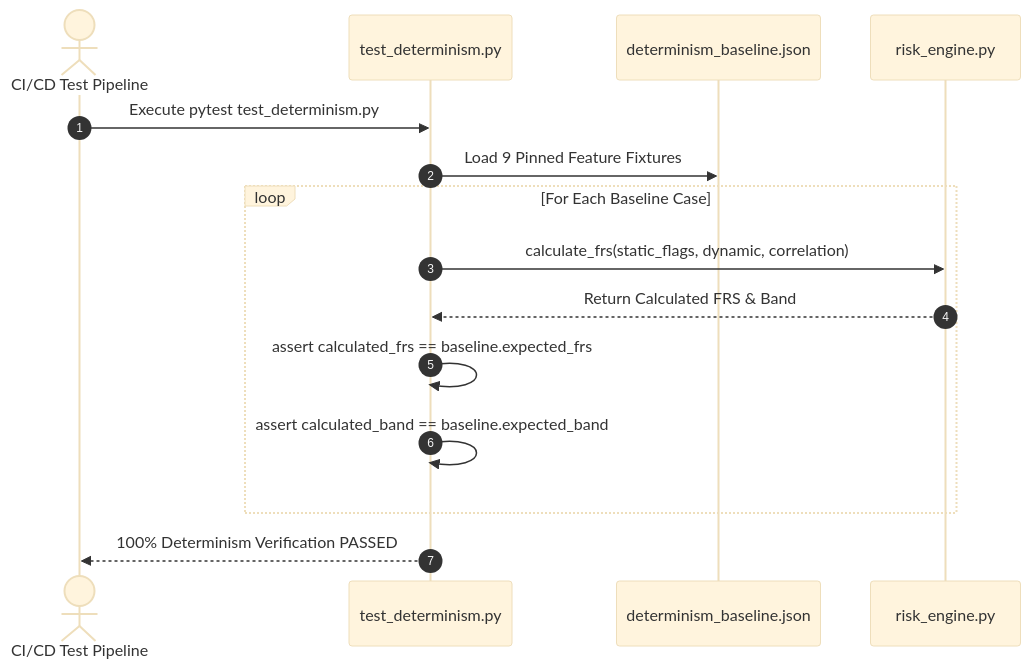
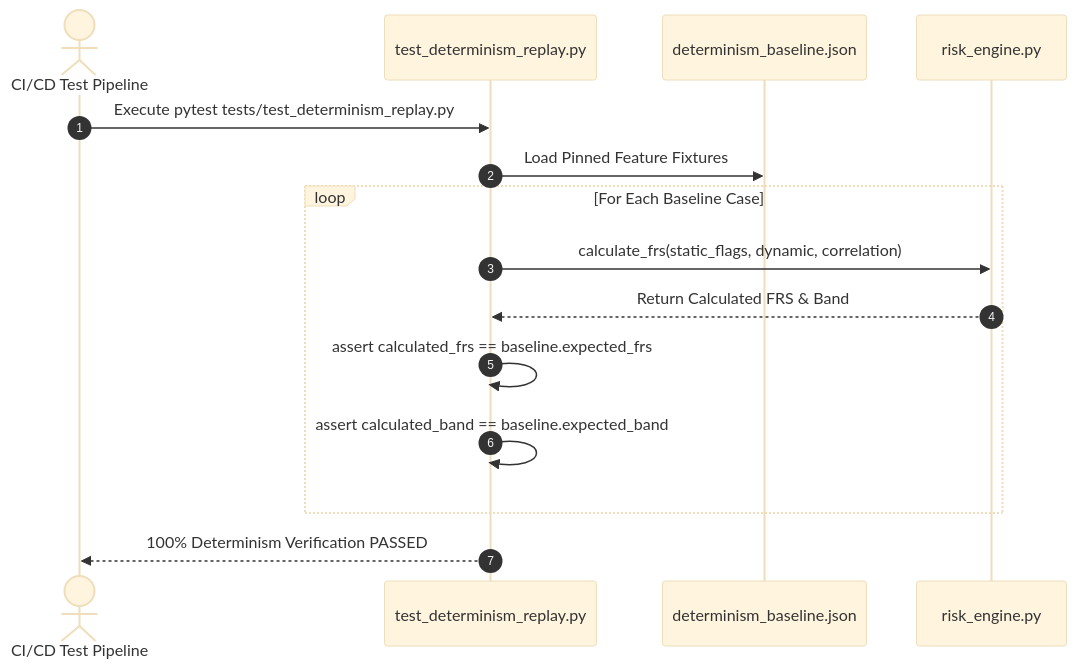
One commit to SanTiwari07/Sudarshan changed the second of 2 diagrams in docs/evaluation/11_EVALUATION.md. Above: the diagram before and after it, drawn with Mermaid (base theme). The commit also changed other lines of this file and 22 other files, not shown here.

Commit message:
comprehensive project documentation and microservice architecture guides

````diff
--- a/docs/evaluation/11_EVALUATION.md
+++ b/docs/evaluation/11_EVALUATION.md
@@ -90,18 +91,18 @@
 ```mermaid
 sequenceDiagram
     autonumber
     actor CI as CI/CD Test Pipeline
-    participant Runner as test_determinism.py
+    participant Runner as test_determinism_replay.py
     participant Base as determinism_baseline.json
     participant Risk as risk_engine.py
 
-    CI->>Runner: Execute pytest test_determinism.py
-    Runner->>Base: Load 9 Pinned Feature Fixtures
+    CI->>Runner: Execute pytest tests/test_determinism_replay.py
+    Runner->>Base: Load Pinned Feature Fixtures
     loop For Each Baseline Case
         Runner->>Risk: calculate_frs(static_flags, dynamic, correlation)
         Risk-->>Runner: Return Calculated FRS & Band
         Runner->>Runner: assert calculated_frs == baseline.expected_frs
         Runner->>Runner: assert calculated_band == baseline.expected_band
     end
     Runner-->>CI: 100% Determinism Verification PASSED
 ```
````
